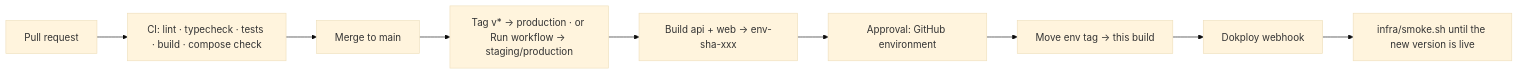
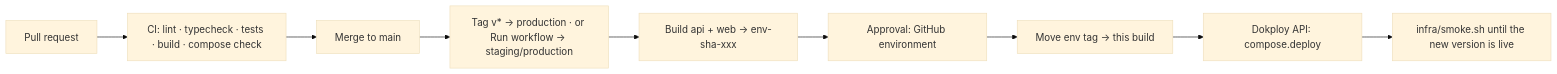
Before and after one commit to mixin27/billleaf: the diagram in docs/infrastructure/deployment.md, drawn with Mermaid (base theme). The commit also changed 3 other files, not shown here.

First line of the commit message:
fix(ci): deploy through Dokploy's API, not its webhook

````diff
--- a/docs/infrastructure/deployment.md
+++ b/docs/infrastructure/deployment.md
@@ -35,11 +35,11 @@
 ```mermaid
 flowchart LR
   pr[Pull request] --> ci[CI: lint · typecheck · tests · build · compose check]
   ci --> merge[Merge to main]
   merge --> run[Tag v* → production · or Run workflow → staging/production]
   run --> build[Build api + web → env-sha-xxx]
   build --> approve[Approval: GitHub environment]
   approve --> point[Move env tag → this build]
-  point --> hook[Dokploy webhook]
+  point --> hook[Dokploy API: compose.deploy]
   hook --> smoke[infra/smoke.sh until the new version is live]
 ```
````
